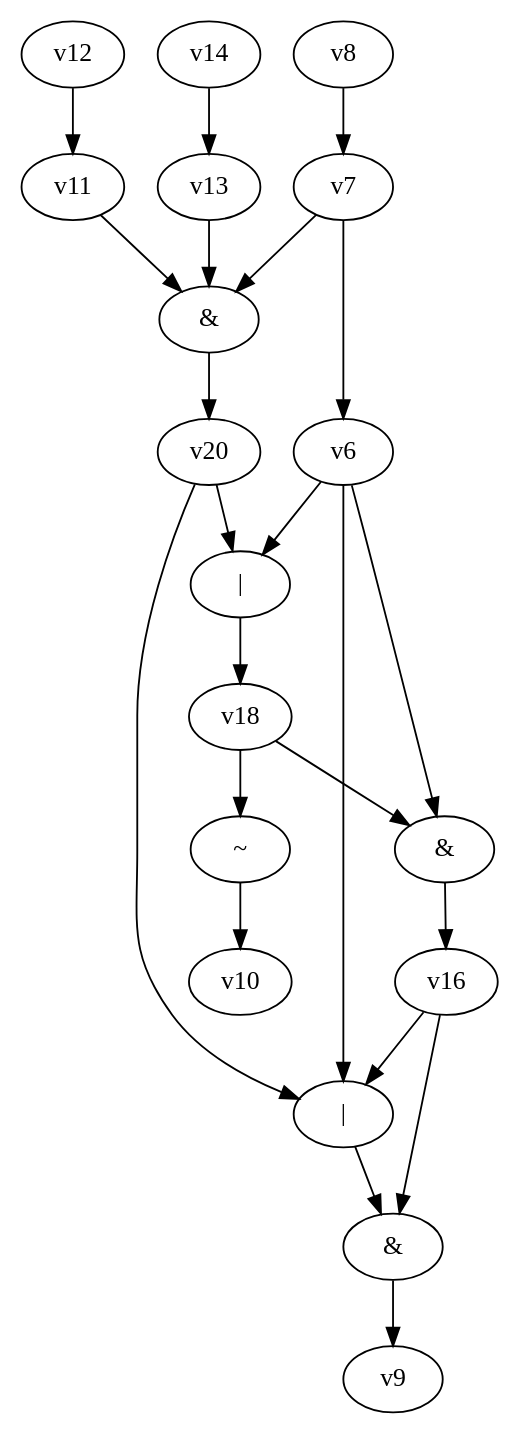
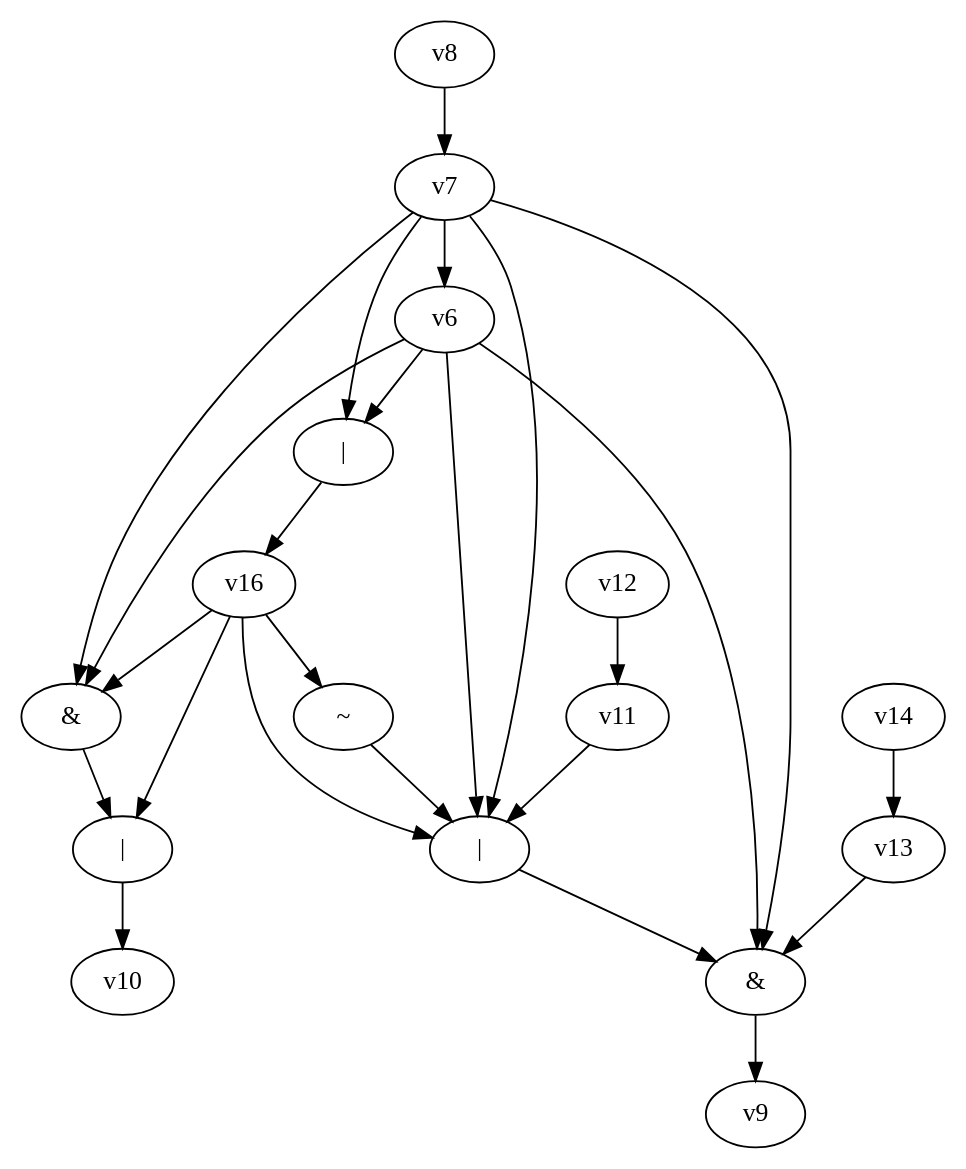
The diagram in dot_files/random_bool_circ.dot (yadej/graph_project), drawn with Graphviz before and after one commit. The commit also changed 4 other files, not shown here.

```diff
--- a/dot_files/random_bool_circ.dot
+++ b/dot_files/random_bool_circ.dot
@@ -1,27 +1,31 @@
 digraph G { 
 v0 [label="&"]; 
 v1 [label="|"]; 
-v2 [label="~"]; 
-v15 [label="&"]; 
-v17 [label="|"]; 
-v19 [label="&"]; 
+v2 [label="|"]; 
+v3 [label="&"]; 
+v4 [label="~"]; 
+v15 [label="|"]; 
 v0 -> v9;
 v1 -> v0;
 v2 -> v10;
+v3 -> v2;
+v4 -> v1;
+v6 -> v0;
 v6 -> v1;
+v6 -> v3;
 v6 -> v15 -> v16;
-v6 -> v17 -> v18;
+v7 -> v0;
+v7 -> v1;
+v7 -> v3;
 v7 -> v6;
-v7 -> v19 -> v20;
+v7 -> v15;
 v8 -> v7;
-v11 -> v19;
+v11 -> v1;
 v12 -> v11;
-v13 -> v19;
+v13 -> v0;
 v14 -> v13;
-v16 -> v0;
 v16 -> v1;
-v18 -> v2;
-v18 -> v15;
-v20 -> v1;
-v20 -> v17;
+v16 -> v2;
+v16 -> v3;
+v16 -> v4;
 }
```
